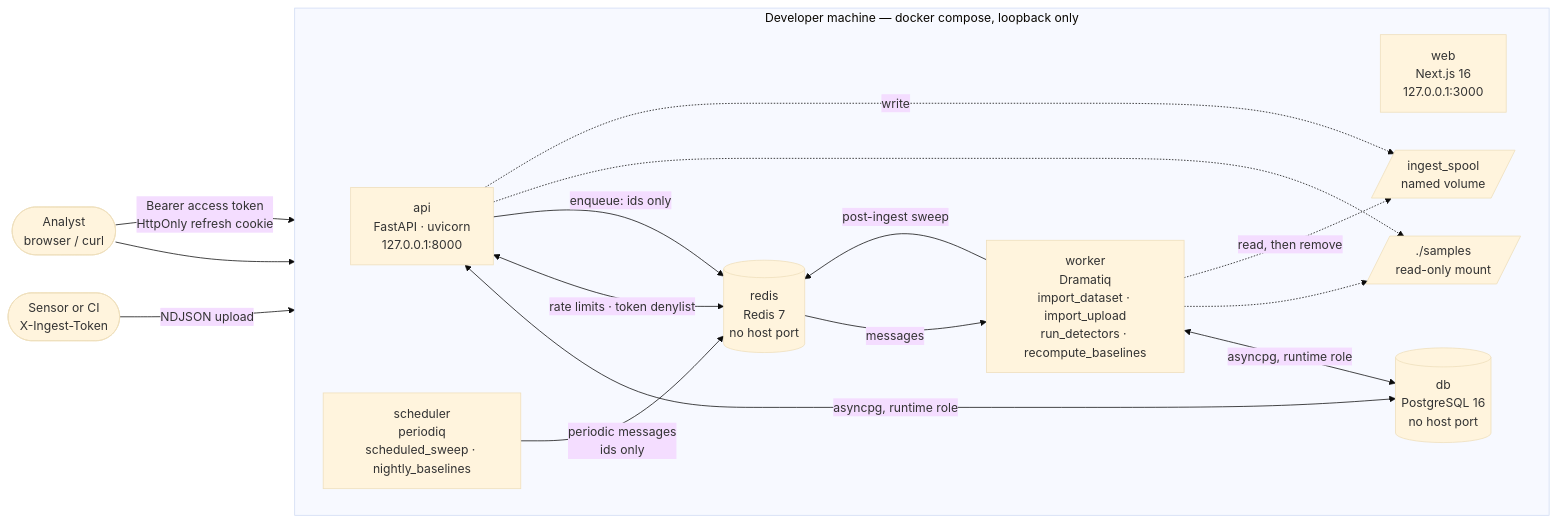
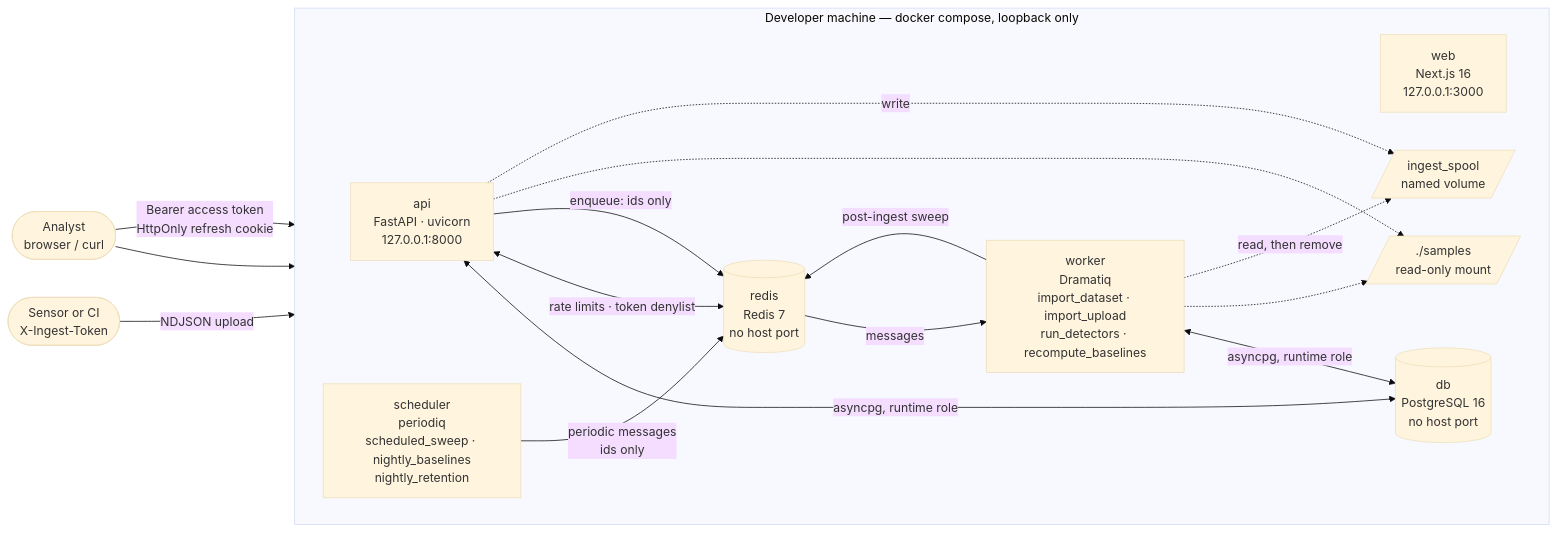
The first of 4 diagrams in README.md (pchrysostomou/aegisnet), drawn with Mermaid (base theme) before and after one commit. The commit also changed other lines of this file and 18 other files, not shown here.

````diff
--- a/README.md
+++ b/README.md
@@ -129,30 +129,30 @@
 ```mermaid
 flowchart LR
     analyst(["Analyst<br/>browser / curl"])
     sensor(["Sensor or CI<br/>X-Ingest-Token"])
     subgraph host["Developer machine — docker compose, loopback only"]
         direction LR
         web["web<br/>Next.js 16<br/>127.0.0.1:3000"]
         api["api<br/>FastAPI · uvicorn<br/>127.0.0.1:8000"]
         worker["worker<br/>Dramatiq<br/>import_dataset · import_upload<br/>run_detectors · recompute_baselines"]
-        scheduler["scheduler<br/>periodiq<br/>scheduled_sweep · nightly_baselines"]
+        scheduler["scheduler<br/>periodiq<br/>scheduled_sweep · nightly_baselines<br/>nightly_retention"]
         db[("db<br/>PostgreSQL 16<br/>no host port")]
         redis[("redis<br/>Redis 7<br/>no host port")]
         samples[/"./samples<br/>read-only mount"/]
         spool[/"ingest_spool<br/>named volume"/]
     end
     analyst -->|"Bearer access token<br/>HttpOnly refresh cookie"| api
     analyst --> web
     sensor -->|"NDJSON upload"| api
     api <-->|"asyncpg, runtime role"| db
     api <-->|"rate limits · token denylist"| redis
     api -->|"enqueue: ids only"| redis
     redis -->|"messages"| worker
     scheduler -->|"periodic messages<br/>ids only"| redis
     worker -->|"post-ingest sweep"| redis
     worker <-->|"asyncpg, runtime role"| db
     api -.-> samples
     worker -.-> samples
     api -.->|"write"| spool
     worker -.->|"read, then remove"| spool
 ```
````
